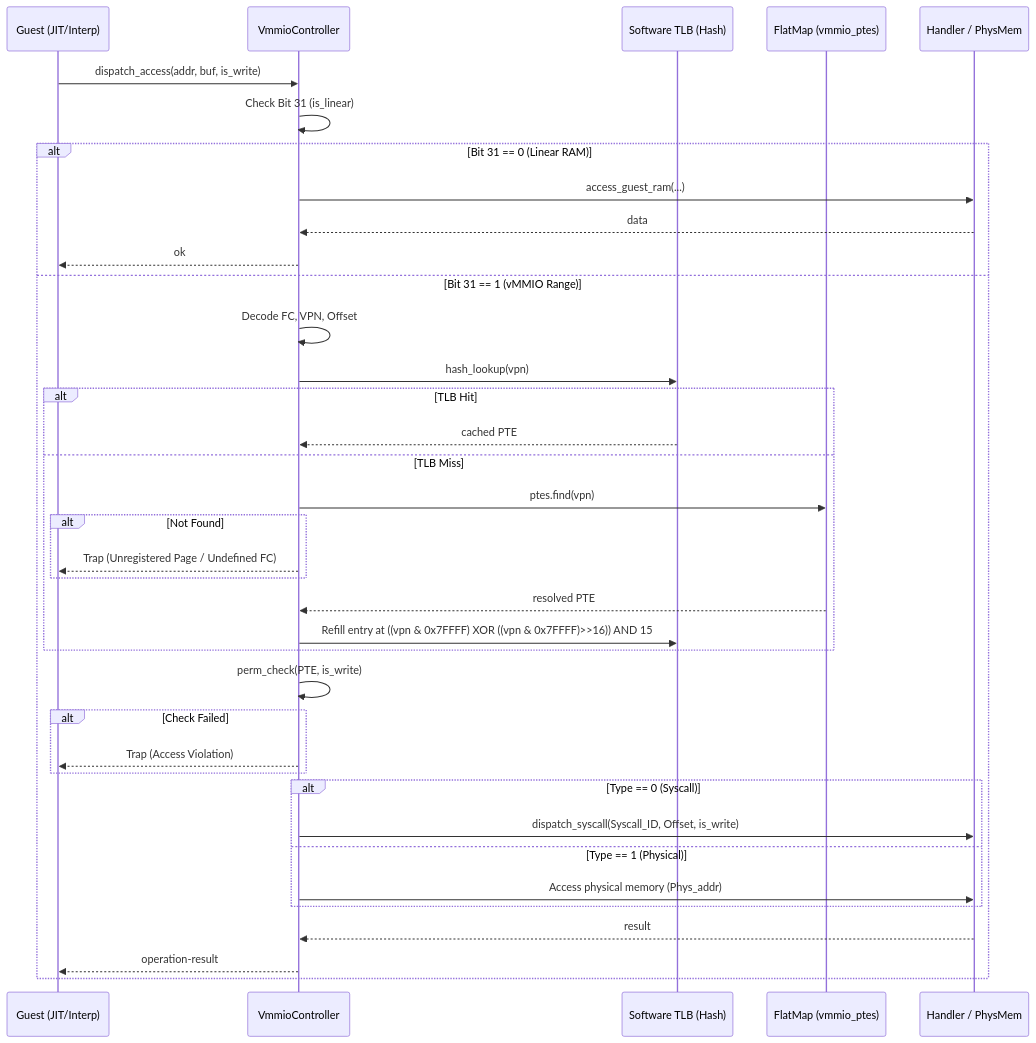
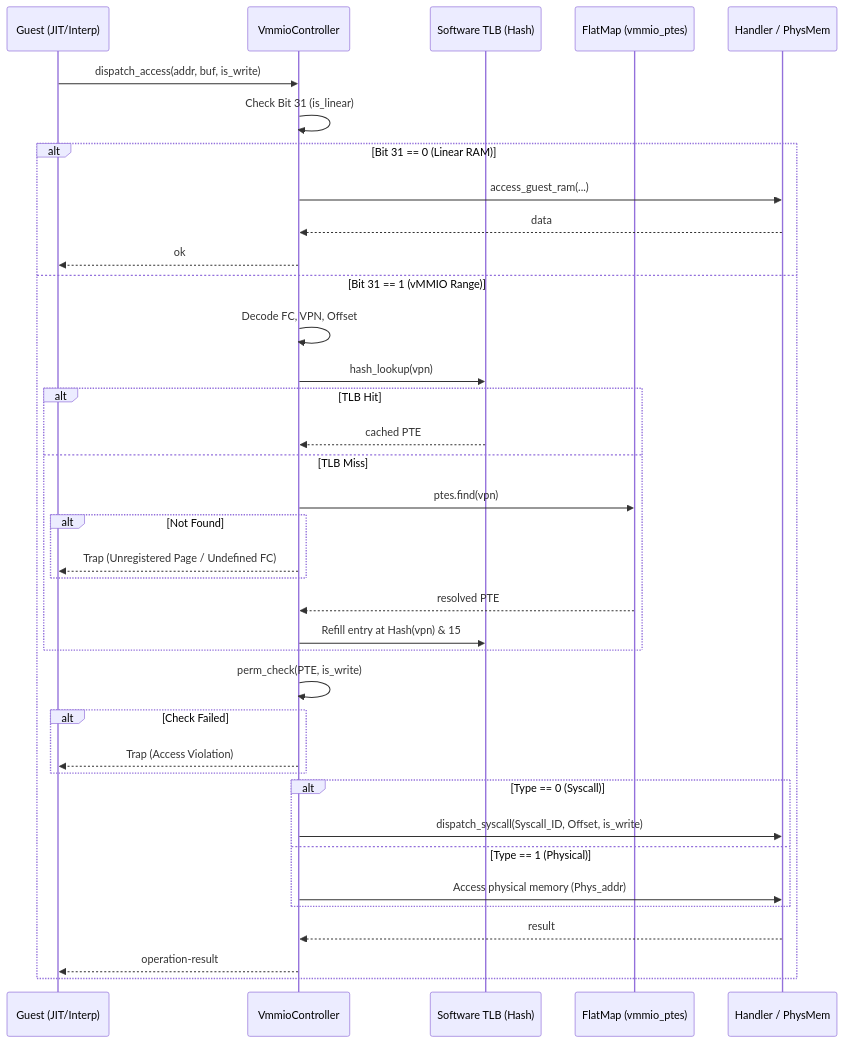
Before and after one commit to kmt-t/fireball: the second of 3 diagrams in docs/components/tier2_runtime/runtime_vmmio.md, drawn with Mermaid. The commit also changed other lines of this file and 4 other files, not shown here.

Commit message:
refactor(vmmio): simplify address mapping to pure 20-bit VPN with folding XOR hash, eliminating legacy L2/L3 constructs

````diff
--- a/docs/components/tier2_runtime/runtime_vmmio.md
+++ b/docs/components/tier2_runtime/runtime_vmmio.md
@@ -241,42 +232,42 @@
 ```mermaid
 sequenceDiagram
     participant G as Guest (JIT/Interp)
     participant C as VmmioController
     participant T as Software TLB (Hash)
     participant F as FlatMap (vmmio_ptes)
     participant H as Handler / PhysMem
 
     G->>C: dispatch_access(addr, buf, is_write)
     C->>C: Check Bit 31 (is_linear)
     alt Bit 31 == 0 (Linear RAM)
         C->>H: access_guest_ram(...)
         H-->>C: data
         C-->>G: ok
     else Bit 31 == 1 (vMMIO Range)
         C->>C: Decode FC, VPN, Offset
         C->>T: hash_lookup(vpn)
         alt TLB Hit
             T-->>C: cached PTE
         else TLB Miss
             C->>F: ptes.find(vpn)
             alt Not Found
                 C-->>G: Trap (Unregistered Page / Undefined FC)
             end
             F-->>C: resolved PTE
-            C->>T: Refill entry at ((vpn & 0x7FFFF) XOR ((vpn & 0x7FFFF)>>16)) AND 15
+            C->>T: Refill entry at Hash(vpn) & 15
         end
 
         C->>C: perm_check(PTE, is_write)
         alt Check Failed
             C-->>G: Trap (Access Violation)
         end
 
         alt Type == 0 (Syscall)
             C->>H: dispatch_syscall(Syscall_ID, Offset, is_write)
         else Type == 1 (Physical)
             C->>H: Access physical memory (Phys_addr)
         end
         H-->>C: result
         C-->>G: operation-result
     end
 ```
````
